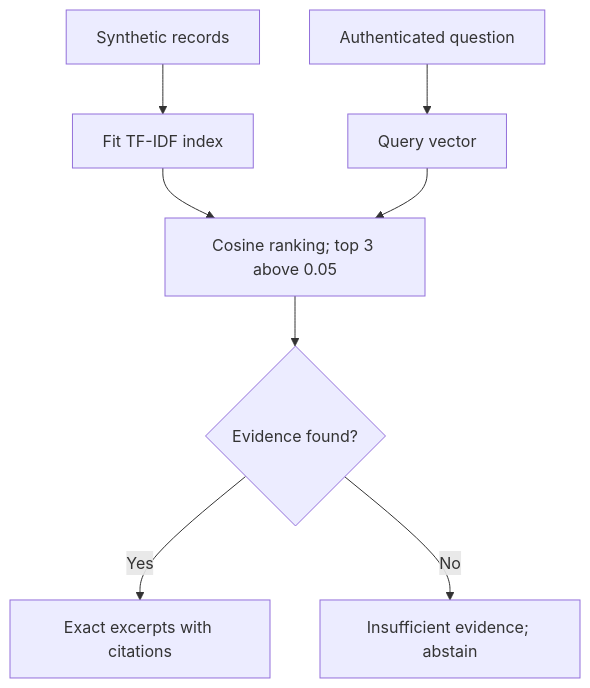
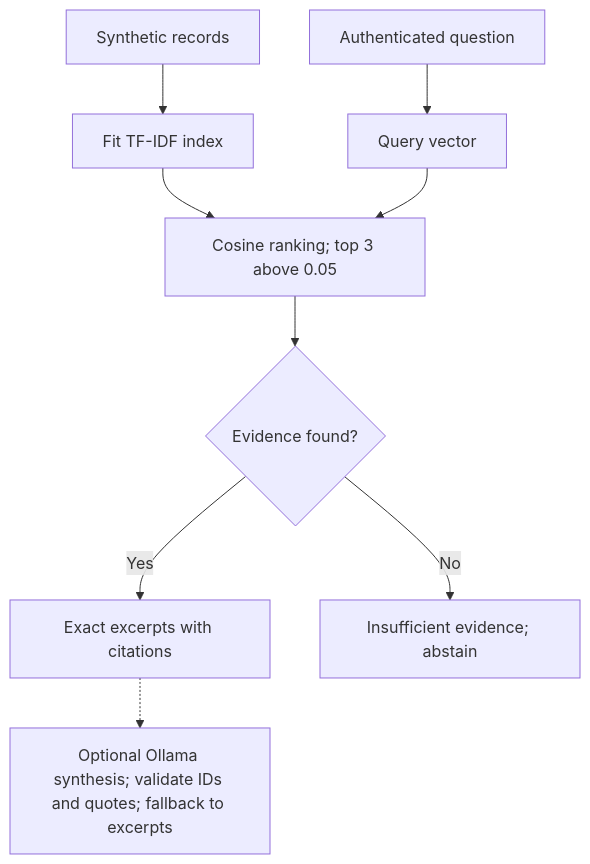
The diagram in docs/diagrams/retrieval.mmd (HarshaSanka/buildsight-ai), drawn with Mermaid before and after one commit. The commit also changed 8 other files, not shown here.

```diff
--- a/docs/diagrams/retrieval.mmd
+++ b/docs/diagrams/retrieval.mmd
@@ -1,8 +1,9 @@
 flowchart TD
   D["Synthetic records"] --> I["Fit TF-IDF index"]
   Q["Authenticated question"] --> V["Query vector"]
   I --> R["Cosine ranking; top 3 above 0.05"]
   V --> R
   R --> H{Evidence found?}
   H -->|Yes| A["Exact excerpts with citations"]
   H -->|No| B["Insufficient evidence; abstain"]
+  A -.-> O["Optional Ollama synthesis; validate IDs and quotes; fallback to excerpts"]
```
